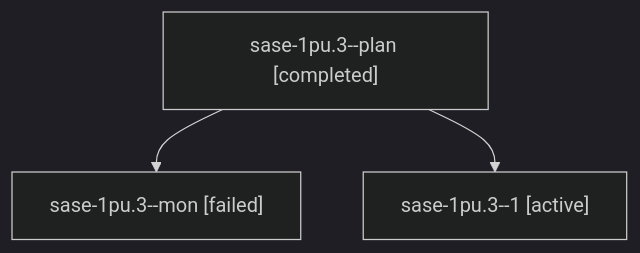
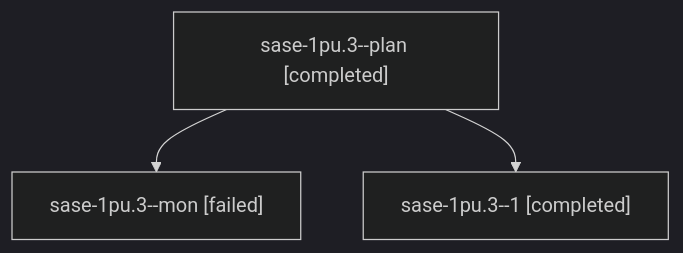
The diagram in sessions/bbugyi200.athena.sase-1pu.3.md (sase-org/sase--agents), drawn with Mermaid (dark theme) before and after one commit. The commit also changed other lines of this file and 28 other files, not shown here.

````diff
--- a/sessions/bbugyi200.athena.sase-1pu.3.md
+++ b/sessions/bbugyi200.athena.sase-1pu.3.md
@@ -9,8 +9,8 @@
 ```mermaid
 flowchart TD
   n0["sase-1pu.3--plan [completed]"]
   n1["sase-1pu.3--mon [failed]"]
   n0 --> n1
-  n2["sase-1pu.3--1 [active]"]
+  n2["sase-1pu.3--1 [completed]"]
   n0 --> n2
 ```
````
